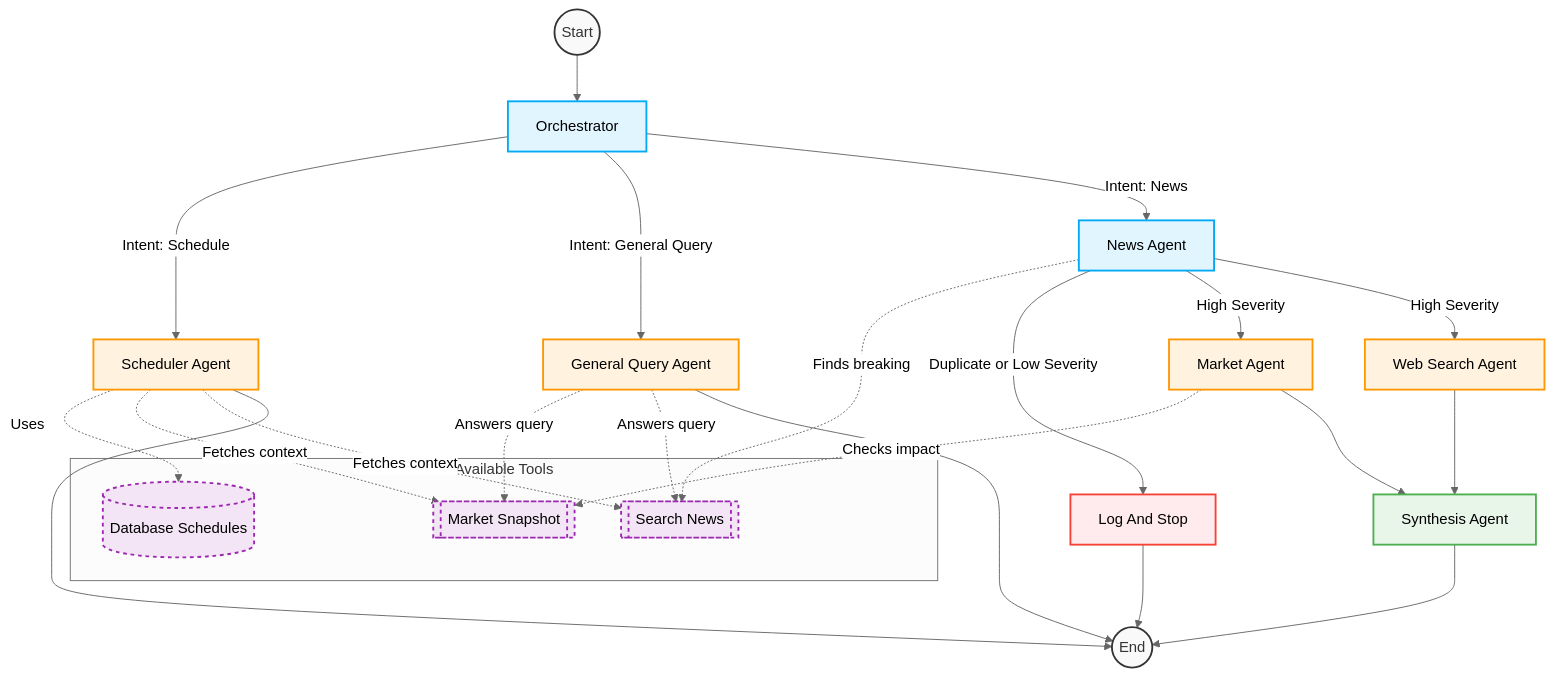
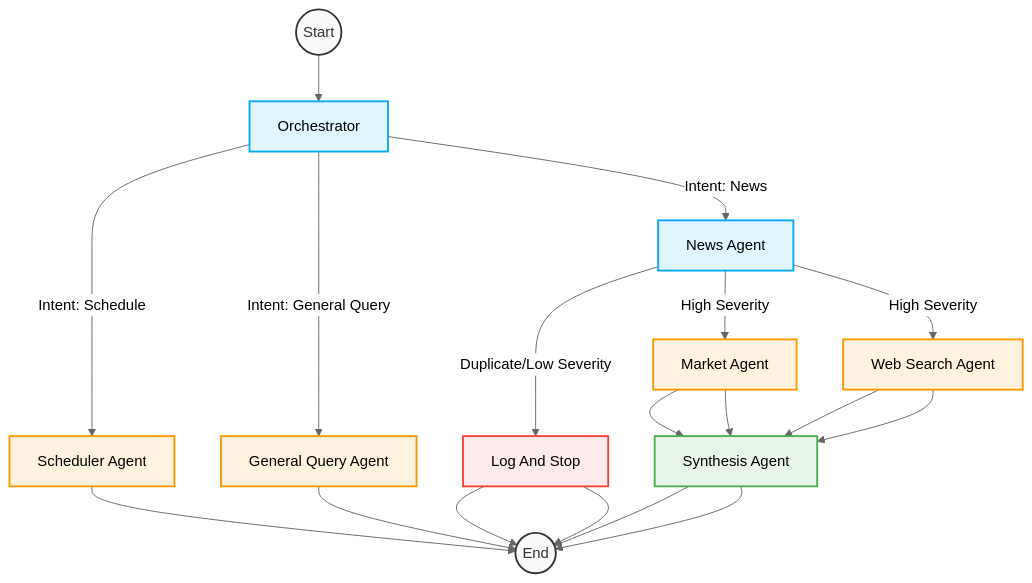
Before and after one commit to YinTokey/GeoSignal: the diagram in README.md, drawn with Mermaid (neutral theme). The commit also changed other lines of this file, not shown here.

Commit message:
doc: update diagram and project description

````diff
--- a/README.md
+++ b/README.md
@@ -9,64 +9,52 @@
 ```mermaid
 graph TD
     %% Define Styles
     classDef startEnd fill:#f9f9f9,stroke:#333,stroke-width:2px,color:#333;
     classDef mainAgent fill:#e1f5fe,stroke:#03a9f4,stroke-width:2px,color:#000;
     classDef secondaryAgent fill:#fff3e0,stroke:#ff9800,stroke-width:2px,color:#000;
     classDef finalAgent fill:#e8f5e9,stroke:#4caf50,stroke-width:2px,color:#000;
     classDef logStop fill:#ffebee,stroke:#f44336,stroke-width:2px,color:#000;
     classDef toolNode fill:#f3e5f5,stroke:#9c27b0,stroke-width:2px,stroke-dasharray: 4 4,color:#000;
 
     %% Nodes
     START((Start)):::startEnd
     Orchestrator[Orchestrator]:::mainAgent
     
     SchedulerAgent[Scheduler Agent]:::secondaryAgent
     GeneralQueryAgent[General Query Agent]:::secondaryAgent
     NewsAgent[News Agent]:::mainAgent
     
     LogAndStop[Log And Stop]:::logStop
     MarketAgent[Market Agent]:::secondaryAgent
     WebSearchAgent[Web Search Agent]:::secondaryAgent
     
     SynthesisAgent[Synthesis Agent]:::finalAgent
     END((End)):::startEnd
 
-    %% Tool Dependencies (Visual Only - inside the agents' ReAct loops)
-    subgraph Tools [Available Tools]
-        Tool_Scheduler[(Database Schedules)]:::toolNode
-        Tool_Market[[Market Snapshot]]:::toolNode
-        Tool_News[[Search News]]:::toolNode
-    end
-
     %% Edges
     START --> Orchestrator
     
     Orchestrator -- "Intent: Schedule" --> SchedulerAgent
     Orchestrator -- "Intent: General Query" --> GeneralQueryAgent
     Orchestrator -- "Intent: News" --> NewsAgent
     
-    %% Tool Invocations
-    SchedulerAgent -.->|Uses| Tool_Scheduler
-    SchedulerAgent -.->|Fetches context| Tool_Market
-    SchedulerAgent -.->|Fetches context| Tool_News
-    
-    GeneralQueryAgent -.->|Answers query| Tool_Market
-    GeneralQueryAgent -.->|Answers query| Tool_News
-    
-    NewsAgent -.->|Finds breaking| Tool_News
-    MarketAgent -.->|Checks impact| Tool_Market
-    
     SchedulerAgent --> END
     GeneralQueryAgent --> END
     
-    NewsAgent -- "Duplicate or Low Severity" --> LogAndStop
-    NewsAgent -- "High Severity" --> MarketAgent
-    NewsAgent -- "High Severity" --> WebSearchAgent
+    NewsAgent -- "Duplicate/Low Severity" --> LogAndStop
+    NewsAgent -- "High Severity" --> MarketAgent & WebSearchAgent
+    
+    LogAndStop --> END
+    
+    MarketAgent --> SynthesisAgent
+    WebSearchAgent --> SynthesisAgent
+    
+    SynthesisAgent --> END
     
     LogAndStop --> END
     
     MarketAgent --> SynthesisAgent
     WebSearchAgent --> SynthesisAgent
     
     SynthesisAgent --> END
 ```
````
